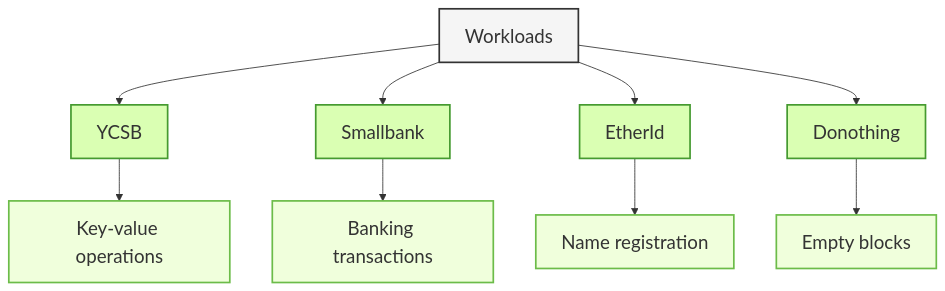
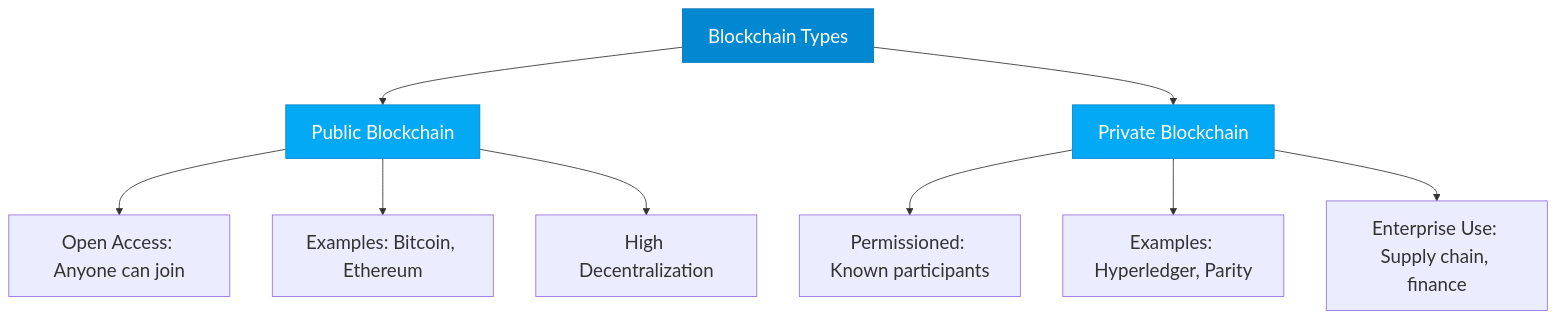
Before and after one commit to ces0491/blockbench-presentation: the fifth of 10 diagrams in blockbench-presentation.qmd, drawn with Mermaid. The commit also changed other lines of this file and 11 other files, not shown here.

````diff
--- a/blockbench-presentation.qmd
+++ b/blockbench-presentation.qmd
@@ -391,20 +509,15 @@
 ```{mermaid}
-%%{init: {'theme': 'default', 'themeVariables': { 'fontSize': '22px', 'primaryColor': '#7C0000', 'primaryBorderColor': '#7C0000', 'primaryTextColor': '#fff', 'secondaryColor': '#006100', 'secondaryBorderColor': '#006100', 'secondaryTextColor': '#fff' }}}%%
+%%{init: {'theme': 'default', 'themeVariables': {'fontSize': '22px'}}}%%
 graph TD
-    classDef mainNode fill:#f5f5f5,stroke:#333,stroke-width:2px;
-    classDef workloadNode fill:#daffb3,stroke:#459a30,stroke-width:2px;
-    classDef detailNode fill:#f0ffdc,stroke:#6cbc49,stroke-width:2px;
-    
-    A[Workloads] --> B[YCSB]
-    A --> C[Smallbank]
-    A --> D[EtherId]
-    A --> E[Donothing]
-    B --> B1[Key-value operations]
-    C --> C1[Banking transactions]
-    D --> D1[Name registration]
-    E --> E1[Empty blocks]
-    
-    class A mainNode;
-    class B,C,D,E workloadNode;
-    class B1,C1,D1,E1 detailNode;
+    A[Blockchain Types] --> B[Public Blockchain]
+    A --> C[Private Blockchain]
+    B --> B1[Open Access: Anyone can join]
+    B --> B2[Examples: Bitcoin, Ethereum]
+    B --> B3[High Decentralization]
+    C --> C1[Permissioned: Known participants]
+    C --> C2[Examples: Hyperledger, Parity]
+    C --> C3[Enterprise Use: Supply chain, finance]
+    style A fill:#0288d1,stroke:#0277bd,color:#fff
+    style B fill:#03a9f4,stroke:#0288d1,color:#fff
+    style C fill:#03a9f4,stroke:#0288d1,color:#fff
 ```
````
